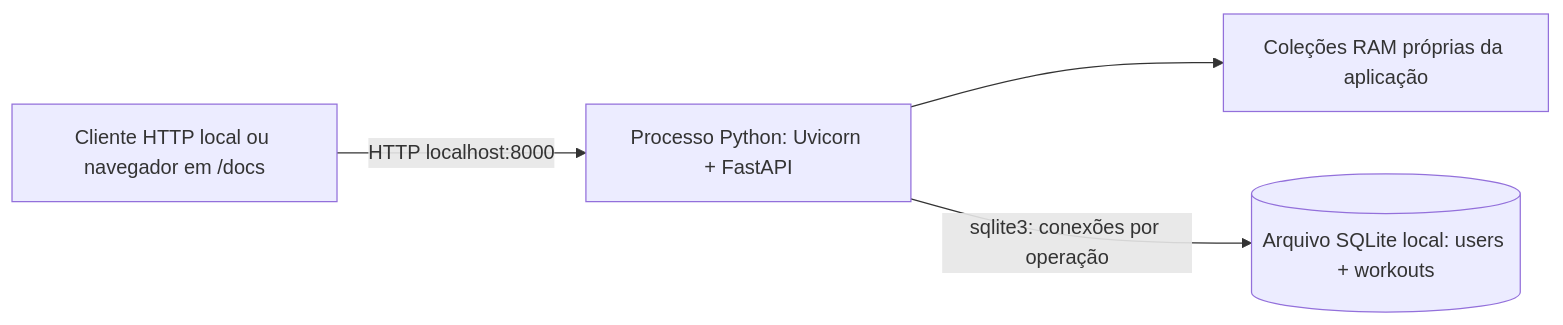
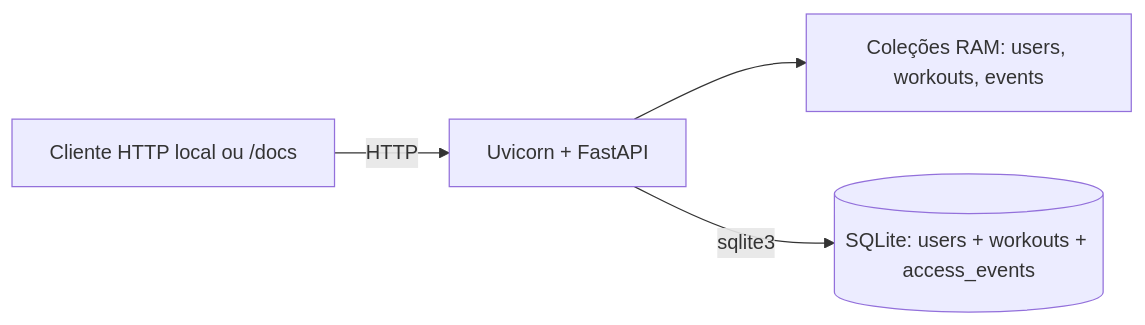
One commit to Miguelqfs/training-platform changed the second of 3 diagrams in docs/arquitetura.md. Above: the diagram before and after it, drawn with Mermaid. The commit also changed other lines of this file and 6 other files, not shown here.

First line of the commit message:
docs(sprint4): atualizar projeto, arquitetura e diagrama de classes

````diff
--- a/docs/arquitetura.md
+++ b/docs/arquitetura.md
@@ -39,6 +55,6 @@
 ```mermaid
 flowchart LR
-    CLI[Cliente HTTP local ou navegador em /docs] -->|HTTP localhost:8000| API[Processo Python: Uvicorn + FastAPI]
-    API --> RAM[Coleções RAM próprias da aplicação]
-    API -->|sqlite3: conexões por operação| DB[(Arquivo SQLite local: users + workouts)]
+    CLI[Cliente HTTP local ou /docs] -->|HTTP| API[Uvicorn + FastAPI]
+    API --> RAM[Coleções RAM: users, workouts, events]
+    API -->|sqlite3| DB[(SQLite: users + workouts + access_events)]
 ```
````
